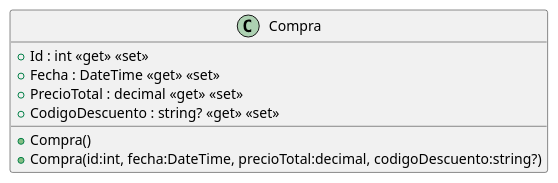
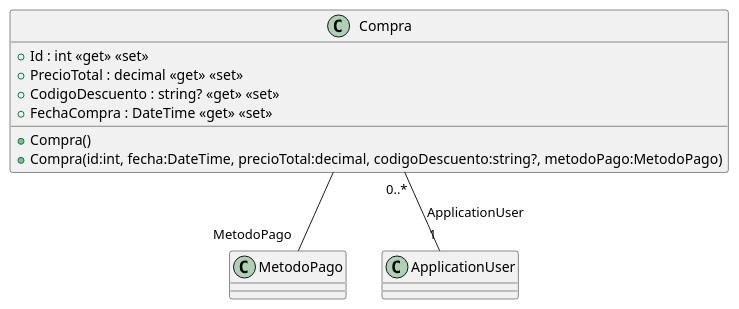
One commit to ISII2627DDNProject/ISII2627DDNProject changed the diagram in src/AppForSEII.API/ClassDiagram/Compra.puml. Above: the diagram before and after it, drawn with PlantUML. The commit also changed 11 other files, not shown here.

First line of the commit message:
Implementación dell diagrama del CU1: Comprar libros (#74)

```diff
--- a/src/AppForSEII.API/ClassDiagram/Compra.puml
+++ b/src/AppForSEII.API/ClassDiagram/Compra.puml
@@ -1,10 +1,12 @@
 @startuml
 class Compra {
     + Compra()
-    + Compra(id:int, fecha:DateTime, precioTotal:decimal, codigoDescuento:string?)
+    + Compra(id:int, fecha:DateTime, precioTotal:decimal, codigoDescuento:string?, metodoPago:MetodoPago)
     + Id : int <<get>> <<set>>
-    + Fecha : DateTime <<get>> <<set>>
     + PrecioTotal : decimal <<get>> <<set>>
     + CodigoDescuento : string? <<get>> <<set>>
+    + FechaCompra : DateTime <<get>> <<set>>
 }
+Compra -- "MetodoPago" MetodoPago
+Compra "0..*" -- "1" ApplicationUser : ApplicationUser
 @enduml
```
